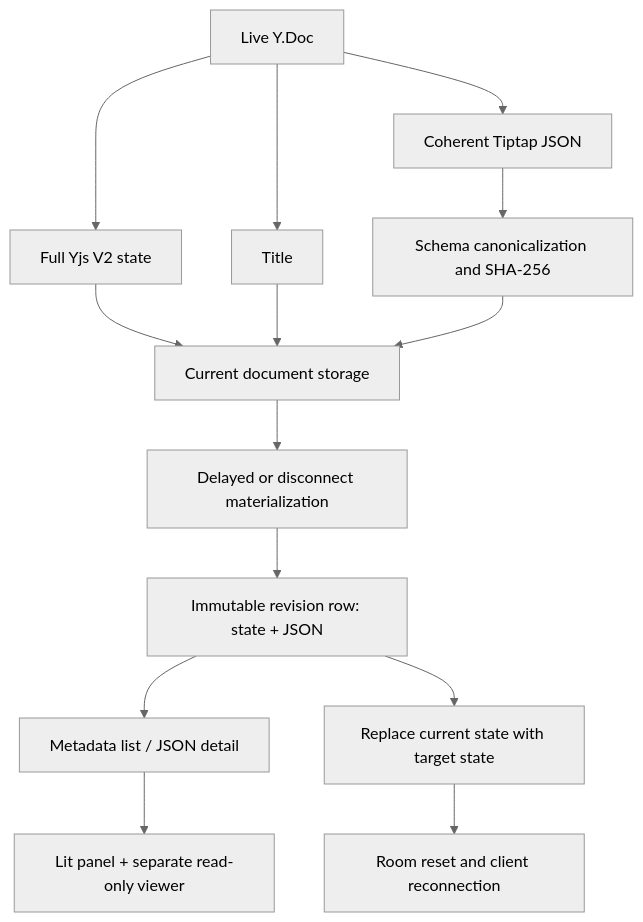
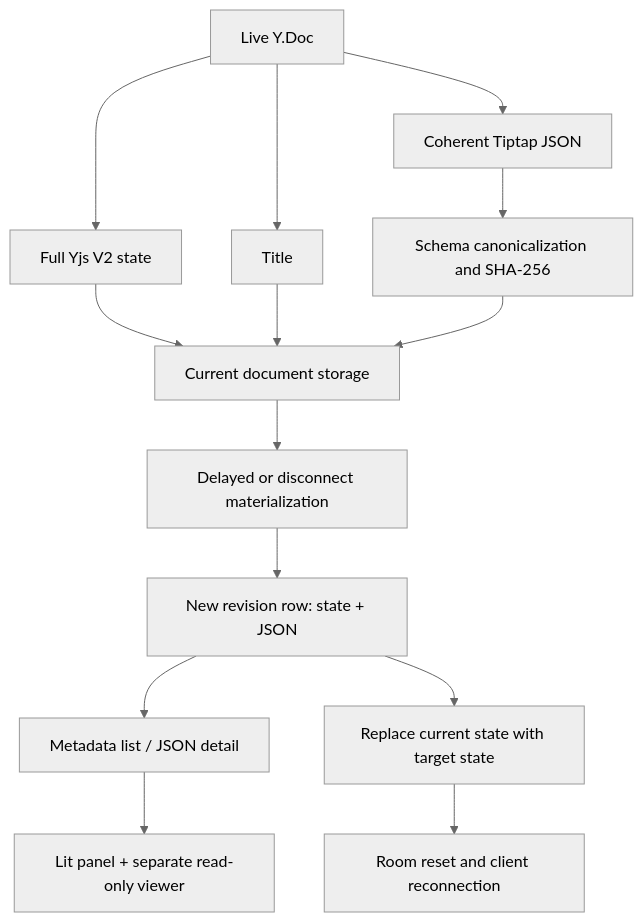
Before and after one commit to MoMeak9/tiptap-yjs-snapshot: the first of 2 diagrams in docs/architecture.en.md, drawn with Mermaid (neutral theme). The commit also changed other lines of this file and 20 other files, not shown here.

````diff
--- a/docs/architecture.en.md
+++ b/docs/architecture.en.md
@@ -13,16 +13,16 @@
 ```mermaid
 flowchart TD
   LIVE[Live Y.Doc] --> STATE[Full Yjs V2 state]
   LIVE --> JSON[Coherent Tiptap JSON]
   LIVE --> TITLE[Title]
   JSON --> CANON[Schema canonicalization and SHA-256]
   STATE --> CURRENT[Current document storage]
   TITLE --> CURRENT
   CANON --> CURRENT
   CURRENT --> JOB[Delayed or disconnect materialization]
-  JOB --> REV[Immutable revision row: state + JSON]
+  JOB --> REV[New revision row: state + JSON]
   REV --> API[Metadata list / JSON detail]
   API --> UI[Lit panel + separate read-only viewer]
   REV --> RESTORE[Replace current state with target state]
   RESTORE --> RESET[Room reset and client reconnection]
 ```
````
